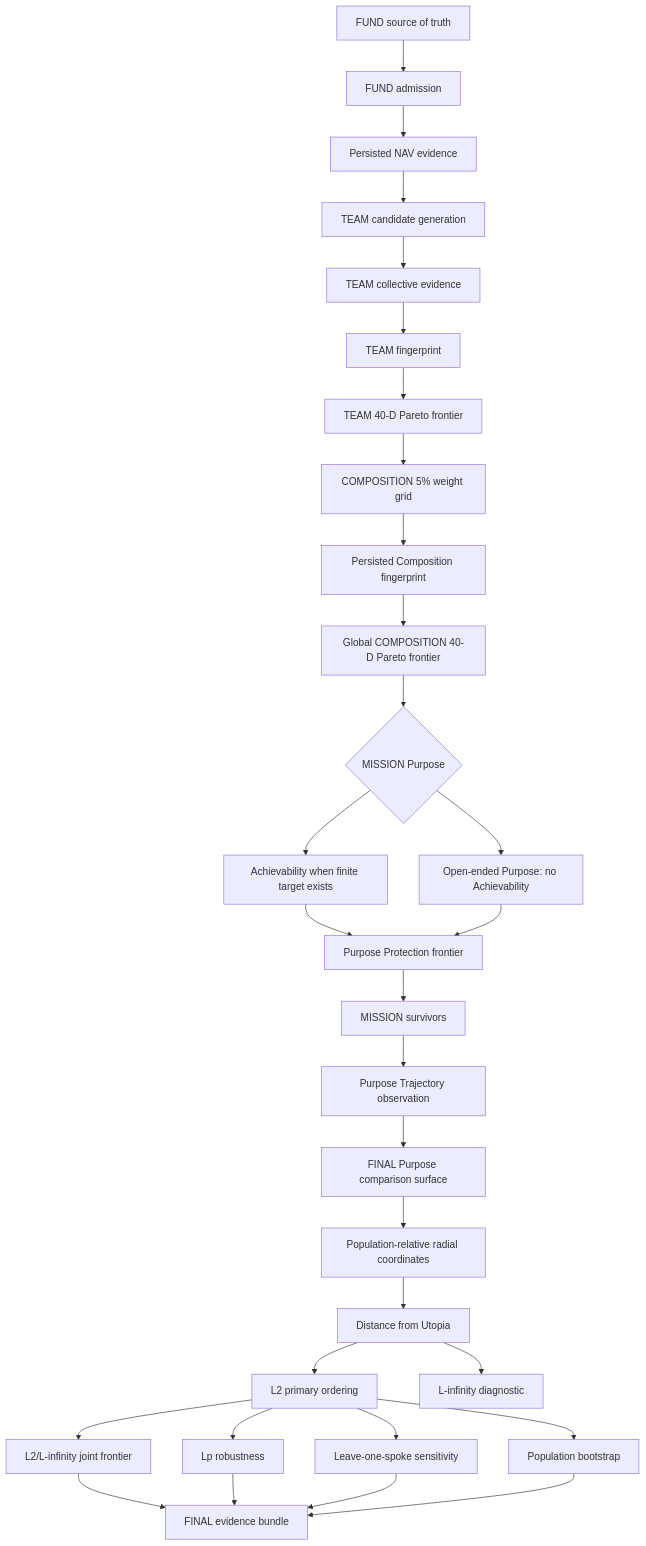
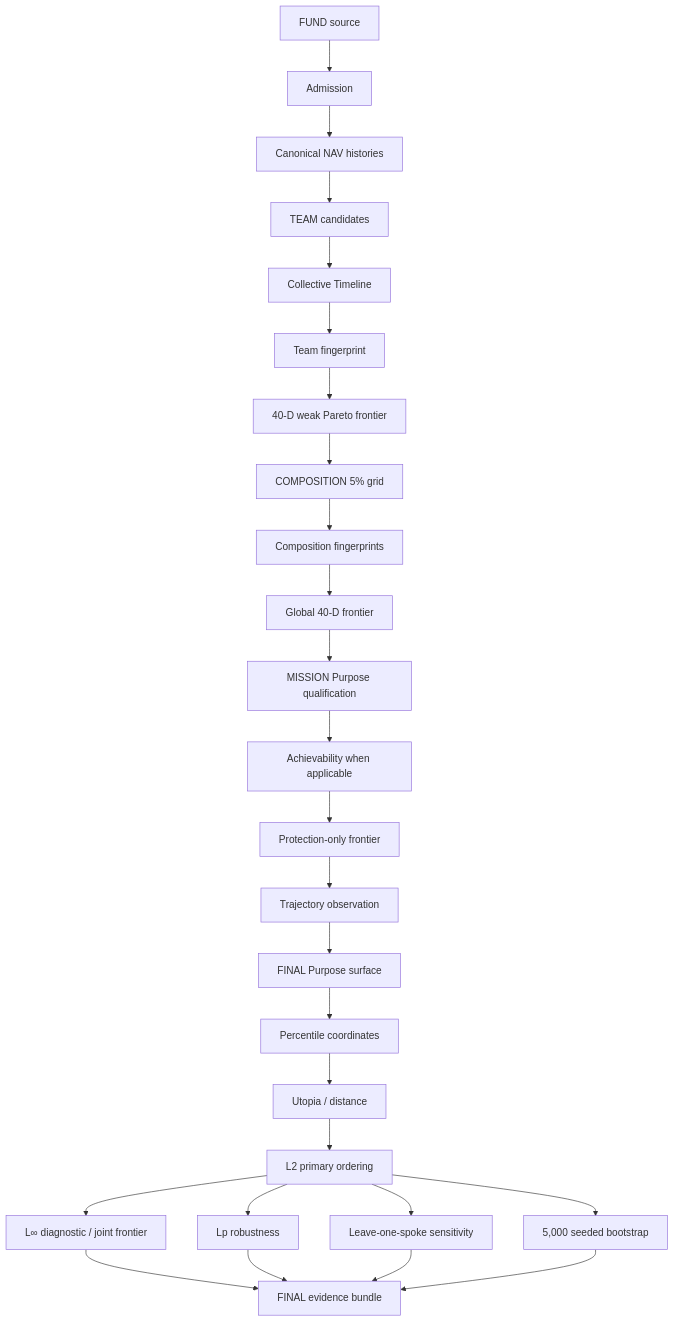
One commit to rrajeshkannan/lakshya changed the third of 13 diagrams in docs/Lakshya_Pipeline_Sequence.md. Above: the diagram before and after it, drawn with Mermaid. The commit also changed other lines of this file, not shown here.

Commit message:
DOCS: extend pipeline sequence through transition boundary

````diff
--- a/docs/Lakshya_Pipeline_Sequence.md
+++ b/docs/Lakshya_Pipeline_Sequence.md
@@ -131,32 +115,28 @@
 ```mermaid
 flowchart TD
-    A[FUND source of truth] --> B[FUND admission]
-    B --> C[Persisted NAV evidence]
-    C --> D[TEAM candidate generation]
-    D --> E[TEAM collective evidence]
-    E --> F[TEAM fingerprint]
-    F --> G[TEAM 40-D Pareto frontier]
-    G --> H[COMPOSITION 5% weight grid]
-    H --> I[Persisted Composition fingerprint]
-    I --> J[Global COMPOSITION 40-D Pareto frontier]
-    J --> K{MISSION Purpose}
-    K --> L[Achievability when finite target exists]
-    K --> M[Open-ended Purpose: no Achievability]
-    L --> N[Purpose Protection frontier]
-    M --> N
-    N --> O[MISSION survivors]
-    O --> P[Purpose Trajectory observation]
-    P --> Q[FINAL Purpose comparison surface]
-    Q --> R[Population-relative radial coordinates]
-    R --> S[Distance from Utopia]
-    S --> T[L2 primary ordering]
-    S --> U[L-infinity diagnostic]
-    T --> V[L2/L-infinity joint frontier]
-    T --> W[Lp robustness]
-    T --> X[Leave-one-spoke sensitivity]
-    T --> Y[Population bootstrap]
-    V --> Z[FINAL evidence bundle]
-    W --> Z
-    X --> Z
-    Y --> Z
+    A[FUND source] --> B[Admission]
+    B --> C[Canonical NAV histories]
+    C --> D[TEAM candidates]
+    D --> E[Collective Timeline]
+    E --> F[Team fingerprint]
+    F --> G[40-D weak Pareto frontier]
+    G --> H[COMPOSITION 5% grid]
+    H --> I[Composition fingerprints]
+    I --> J[Global 40-D frontier]
+    J --> K[MISSION Purpose qualification]
+    K --> L[Achievability when applicable]
+    L --> M[Protection-only frontier]
+    M --> N[Trajectory observation]
+    N --> O[FINAL Purpose surface]
+    O --> P[Percentile coordinates]
+    P --> Q[Utopia / distance]
+    Q --> R[L2 primary ordering]
+    R --> S[L∞ diagnostic / joint frontier]
+    R --> T[Lp robustness]
+    R --> U[Leave-one-spoke sensitivity]
+    R --> V[5,000 seeded bootstrap]
+    S --> W[FINAL evidence bundle]
+    T --> W
+    U --> W
+    V --> W
 ```
````
